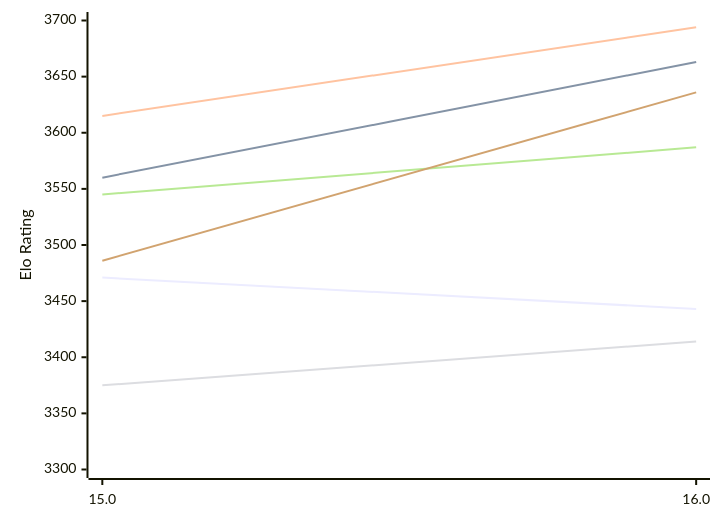
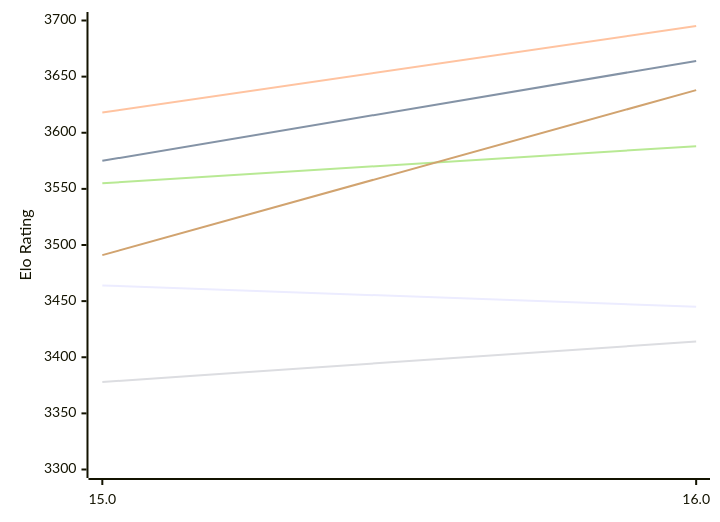
One commit to computer-chess-index/cci changed the first of 2 diagrams in engines/Obsidian.md. Above: the diagram before and after it, drawn with Mermaid. The commit also changed other lines of this file, not shown here.

Commit message:
Update CCI Ratings (ELO VLTC) - 2026-11-17

````diff
--- a/engines/Obsidian.md
+++ b/engines/Obsidian.md
@@ -52,12 +52,12 @@
 ```mermaid
 %%{init: {"theme":"base","themeVariables":{"seriesColors:['#a3a3a3','#222221','#faa371']}}}%%
 xychart-beta
   x-axis ["15.0", "16.0"]
   y-axis "Elo Rating" 3300 --> 3700
-  line "E1: STC (8.0+0.08s)" [3471, 3443]
-  line "E1: LTC (60.0+0.60s)" [3560, 3663]
-  line "E1: VLTC (2m24s+1.12s)" [3615, 3694]
-  line "P1: STC (8.0+0.08s)" [3375, 3414]
-  line "P1: LTC (60.0+0.60s)" [3545, 3587]
-  line "P1: VLTC (2m24s+1.12s)" [3486, 3636]
+  line "E1: STC (8.0+0.08s)" [3464, 3445]
+  line "E1: LTC (60.0+0.60s)" [3575, 3664]
+  line "E1: VLTC (2m24s+1.12s)" [3618, 3695]
+  line "P1: STC (8.0+0.08s)" [3378, 3414]
+  line "P1: LTC (60.0+0.60s)" [3555, 3588]
+  line "P1: VLTC (2m24s+1.12s)" [3491, 3638]
 ```
````
